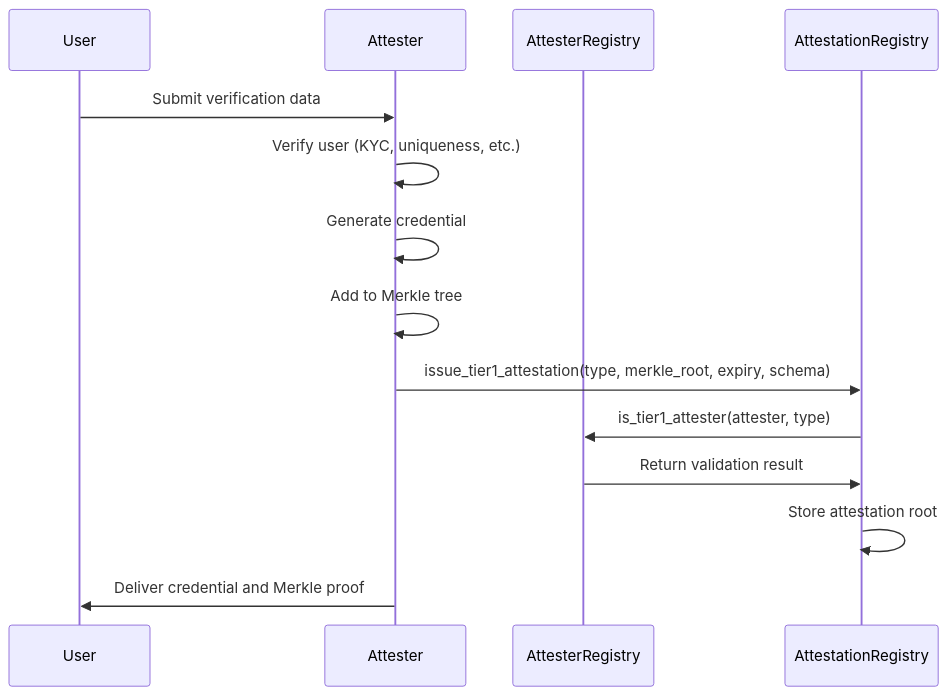
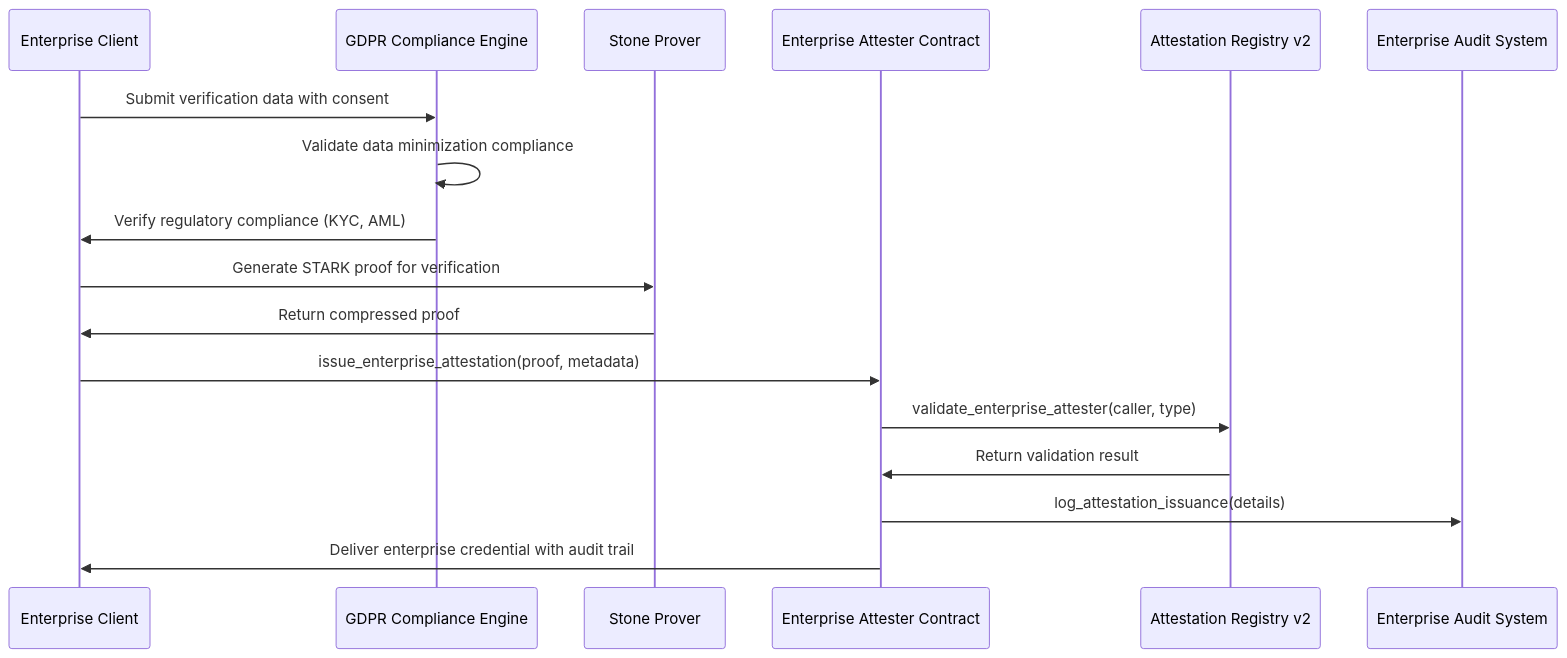
One commit to Cass402/DiD_repLayer_Starknet changed the first of 2 diagrams in docs/technical_deep_dive/attesterIntegrationGuide.md. Above: the diagram before and after it, drawn with Mermaid. The commit also changed other lines of this file, not shown here.

````diff
--- a/docs/technical_deep_dive/attesterIntegrationGuide.md
+++ b/docs/technical_deep_dive/attesterIntegrationGuide.md
@@ -140,17 +244,20 @@
 ```mermaid
 sequenceDiagram
-    participant User
-    participant Attester
-    participant AttesterRegistry
-    participant AttestationRegistry
+    participant Enterprise as Enterprise Client
+    participant GDPREngine as GDPR Compliance Engine
+    participant StoneProver as Stone Prover
+    participant AttesterContract as Enterprise Attester Contract
+    participant RegistryV2 as Attestation Registry v2
+    participant AuditSystem as Enterprise Audit System
 
-    User->>Attester: Submit verification data
-    Attester->>Attester: Verify user (KYC, uniqueness, etc.)
-    Attester->>Attester: Generate credential
-    Attester->>Attester: Add to Merkle tree
-    Attester->>AttestationRegistry: issue_tier1_attestation(type, merkle_root, expiry, schema)
-    AttestationRegistry->>AttesterRegistry: is_tier1_attester(attester, type)
-    AttesterRegistry->>AttestationRegistry: Return validation result
-    AttestationRegistry->>AttestationRegistry: Store attestation root
-    Attester->>User: Deliver credential and Merkle proof
+    Enterprise->>GDPREngine: Submit verification data with consent
+    GDPREngine->>GDPREngine: Validate data minimization compliance
+    GDPREngine->>Enterprise: Verify regulatory compliance (KYC, AML)
+    Enterprise->>StoneProver: Generate STARK proof for verification
+    StoneProver->>Enterprise: Return compressed proof
+    Enterprise->>AttesterContract: issue_enterprise_attestation(proof, metadata)
+    AttesterContract->>RegistryV2: validate_enterprise_attester(caller, type)
+    RegistryV2->>AttesterContract: Return validation result
+    AttesterContract->>AuditSystem: log_attestation_issuance(details)
+    AttesterContract->>Enterprise: Deliver enterprise credential with audit trail
 ```
````
